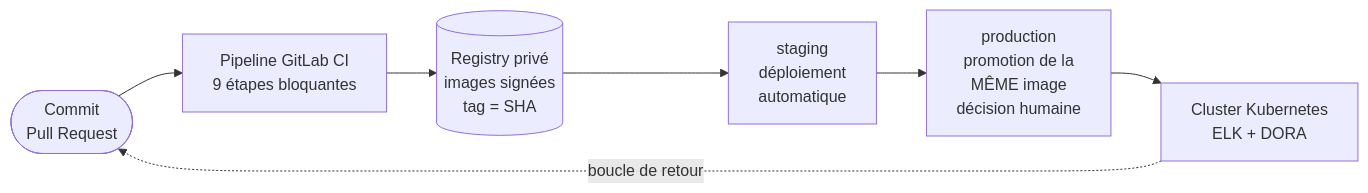
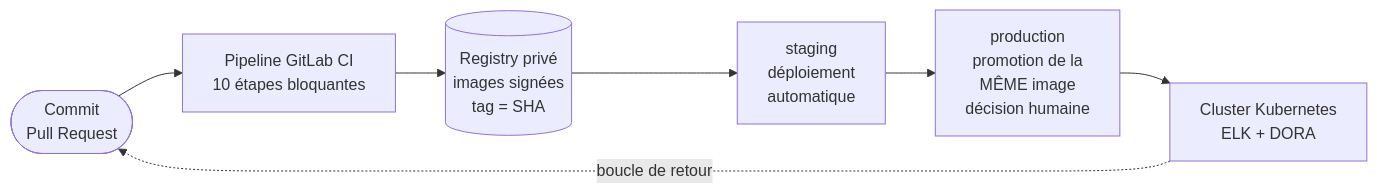
One commit to TedPasquiet/G-rez-le-cycle-de-vie-de-d-veloppement-logiciel changed the first of 8 diagrams in docs/schema-architecture.md. Above: the diagram before and after it, drawn with Mermaid. The commit also changed 22 other files, not shown here.

Commit message:
refactor(ci): découpe le pipeline en 13 fichiers et le passe en graphe

````diff
--- a/docs/schema-architecture.md
+++ b/docs/schema-architecture.md
@@ -40,9 +40,9 @@
 ```mermaid
 flowchart LR
-    dev(["Commit<br/>Pull Request"]) --> ci["Pipeline GitLab CI<br/>9 étapes bloquantes"]
+    dev(["Commit<br/>Pull Request"]) --> ci["Pipeline GitLab CI<br/>10 étapes bloquantes"]
     ci --> reg[("Registry privé<br/>images signées<br/>tag = SHA")]
     reg --> stg["staging<br/>déploiement<br/>automatique"]
     stg --> prd["production<br/>promotion de la<br/>MÊME image<br/>décision humaine"]
     prd --> obs["Cluster Kubernetes<br/>ELK + DORA"]
     obs -.->|"boucle de retour"| dev
 ```
````
